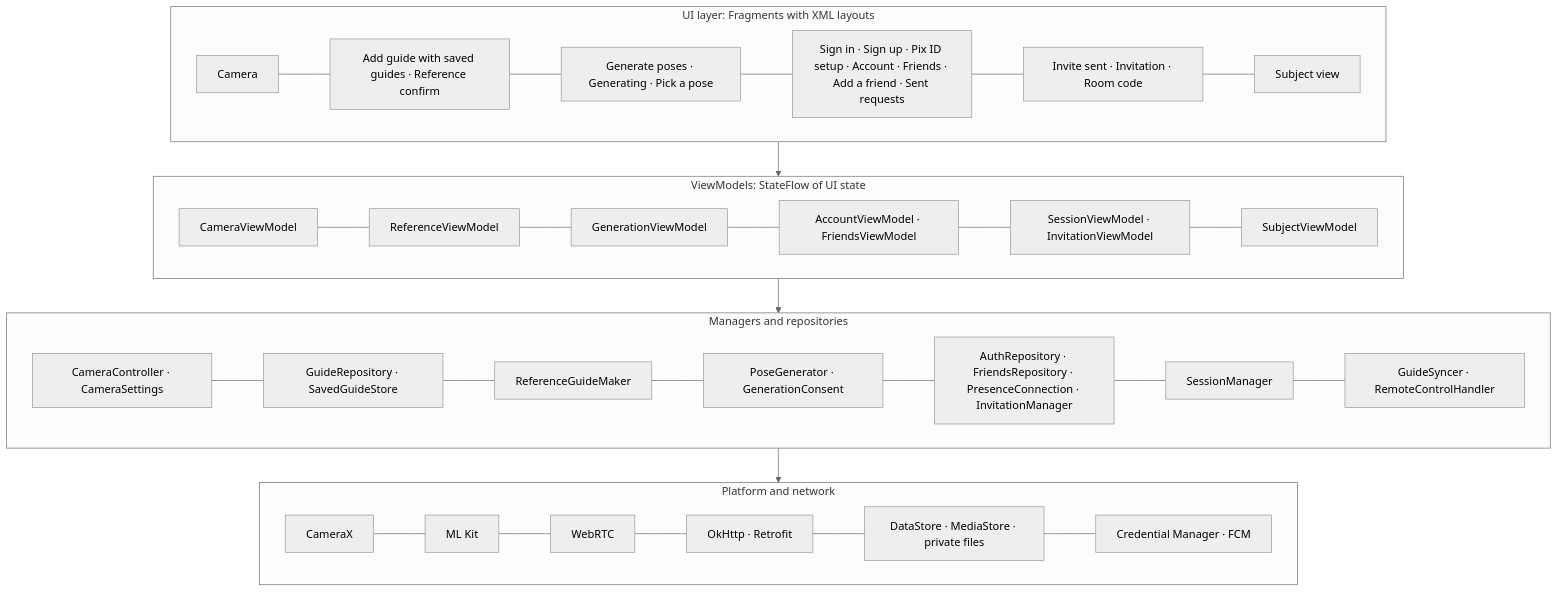
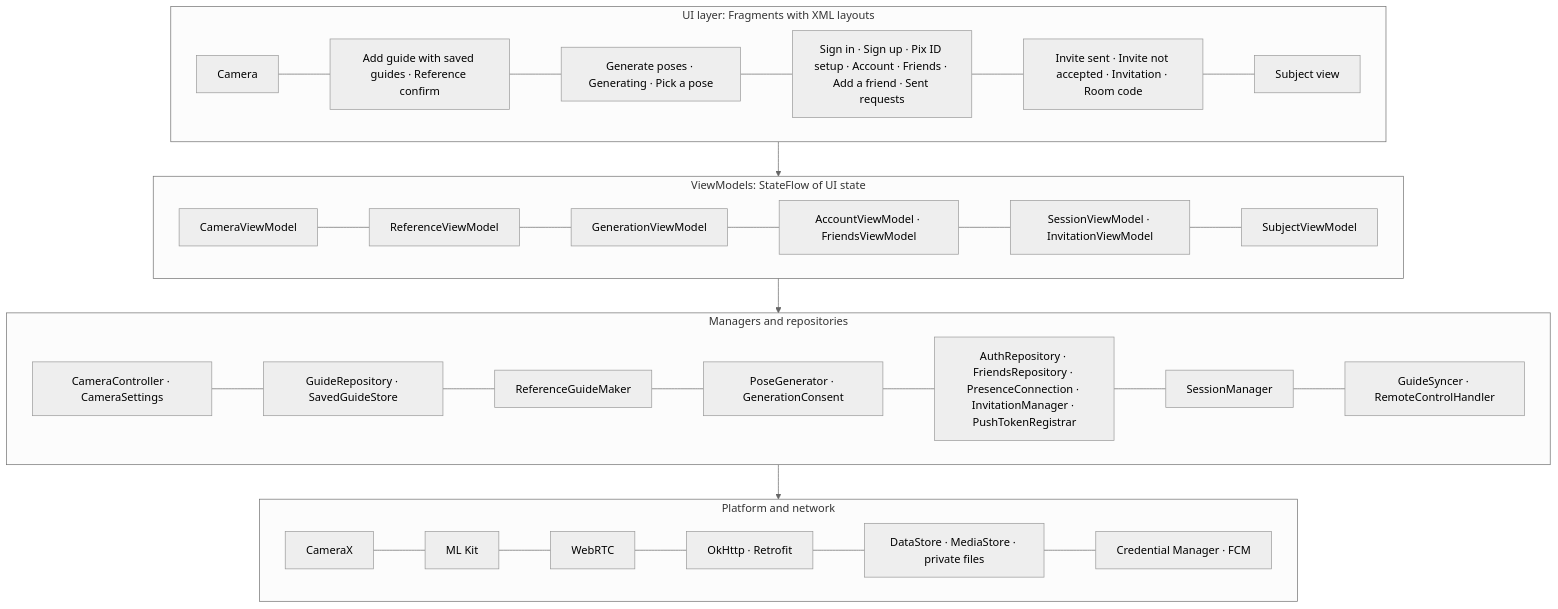
Before and after one commit to snuhcs-course/swpp-2026-project-team-10: the fifth of 12 diagrams in wiki/Design-Documentation.md, drawn with Mermaid (neutral theme). The commit also changed other lines of this file and 77 other files, not shown here.

Commit message:
feat: invite a friend to shoot together (#154)

````diff
--- a/wiki/Design-Documentation.md
+++ b/wiki/Design-Documentation.md
@@ -321,16 +322,16 @@
 ```mermaid
 flowchart TB
   subgraph UI["UI layer: Fragments with XML layouts"]
-    C1["Camera"] --- C2["Add guide with saved guides · Reference confirm"] --- C3["Generate poses · Generating · Pick a pose"] --- C4["Sign in · Sign up · Pix ID setup · Account · Friends · Add a friend · Sent requests"] --- C5["Invite sent · Invitation · Room code"] --- C6["Subject view"]
+    C1["Camera"] --- C2["Add guide with saved guides · Reference confirm"] --- C3["Generate poses · Generating · Pick a pose"] --- C4["Sign in · Sign up · Pix ID setup · Account · Friends · Add a friend · Sent requests"] --- C5["Invite sent · Invite not accepted · Invitation · Room code"] --- C6["Subject view"]
   end
   subgraph VM["ViewModels: StateFlow of UI state"]
     V1["CameraViewModel"] --- V2["ReferenceViewModel"] --- V3["GenerationViewModel"] --- V4["AccountViewModel · FriendsViewModel"] --- V5["SessionViewModel · InvitationViewModel"] --- V6["SubjectViewModel"]
   end
   subgraph DOM["Managers and repositories"]
-    D1["CameraController · CameraSettings"] --- D2["GuideRepository · SavedGuideStore"] --- D3["ReferenceGuideMaker"] --- D4["PoseGenerator · GenerationConsent"] --- D5["AuthRepository · FriendsRepository · PresenceConnection · InvitationManager"] --- D6["SessionManager"] --- D7["GuideSyncer · RemoteControlHandler"]
+    D1["CameraController · CameraSettings"] --- D2["GuideRepository · SavedGuideStore"] --- D3["ReferenceGuideMaker"] --- D4["PoseGenerator · GenerationConsent"] --- D5["AuthRepository · FriendsRepository · PresenceConnection · InvitationManager · PushTokenRegistrar"] --- D6["SessionManager"] --- D7["GuideSyncer · RemoteControlHandler"]
   end
   subgraph SRC["Platform and network"]
     S1["CameraX"] --- S2["ML Kit"] --- S3["WebRTC"] --- S4["OkHttp · Retrofit"] --- S5["DataStore · MediaStore · private files"] --- S6["Credential Manager · FCM"]
   end
   UI --> VM --> DOM --> SRC
 ```
````
